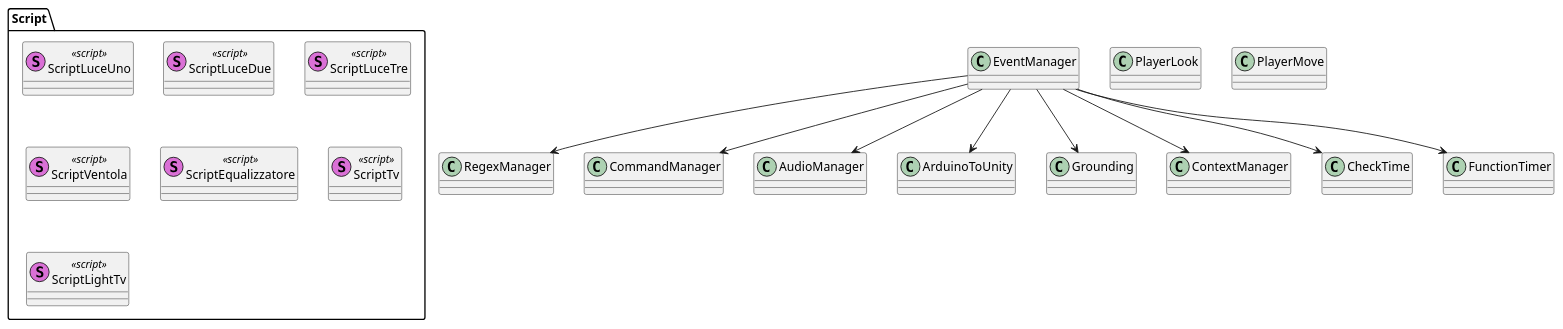
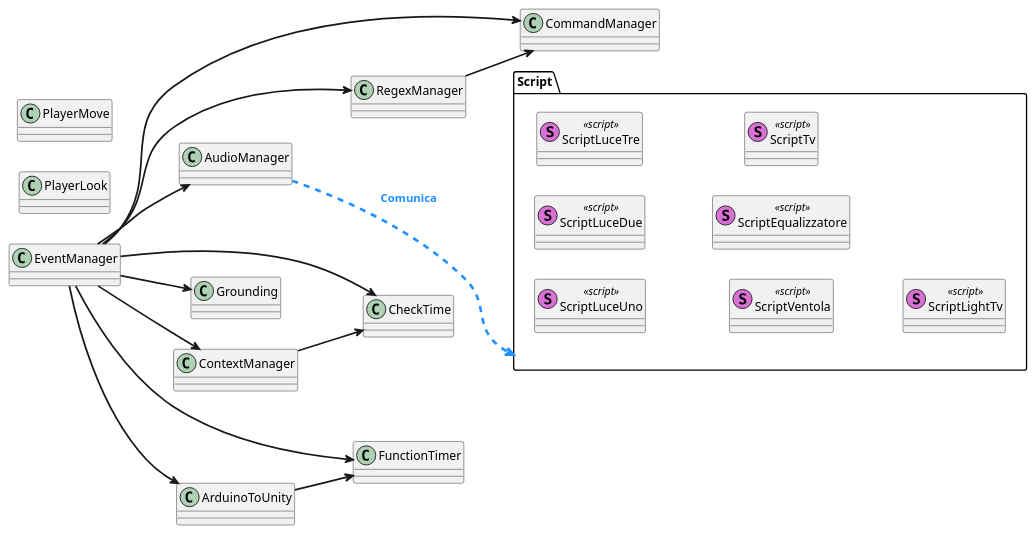
Before and after one commit to Andribi/AmbrogioDiagrams: the diagram in ModelloClassi.puml, drawn with PlantUML.

Commit message:
modello delle classi

```diff
--- a/ModelloClassi.puml
+++ b/ModelloClassi.puml
@@ -1,37 +1,41 @@
 @startuml
 
+left to right direction
 
 class "EventManager" as em
 class "RegexManager" as rm
 class "CommandManager" as cmdm
 class "AudioManager" as am
 
 class "ArduinoToUnity" as atu
 class "Grounding" as g
 class "ContextManager" as cxm
 
 class "CheckTime" as ct
 class "FunctionTimer" as ft
 class "PlayerLook" as pl
 class "PlayerMove" as pm
 
 Package Script{
 class ScriptLuceUno <<(S, orchid) script>>
 class ScriptLuceDue <<(S, orchid) script>>
 class ScriptLuceTre <<(S, orchid) script>>
 class ScriptVentola <<(S, orchid) script>>
 class ScriptEqualizzatore <<(S, orchid) script>>
 class ScriptTv <<(S, orchid) script>>
 class ScriptLightTv <<(S, orchid) script>>
 }
 
-em --> rm
-em --> cxm
-em --> g
-em --> atu
-em --> ct
-em --> ft
-em --> cmdm
-em --> am
-
+em ---[thickness=2]> rm
+em --[thickness=2]> cxm
+em --[thickness=2]> g
+em --[thickness=2]> atu
+em --[thickness=2]> ct
+em ---[thickness=2]> ft
+em --[thickness=2]> cmdm
+em --[thickness=2]> am
+atu --[thickness=2]> ft
+cxm --[thickness=2]> ct
+rm --[thickness=2]> cmdm
+am ..[dashed,thickness=3].> Script #line:DodgerBlue;text:DodgerBlue :**Comunica**
 @enduml
```
